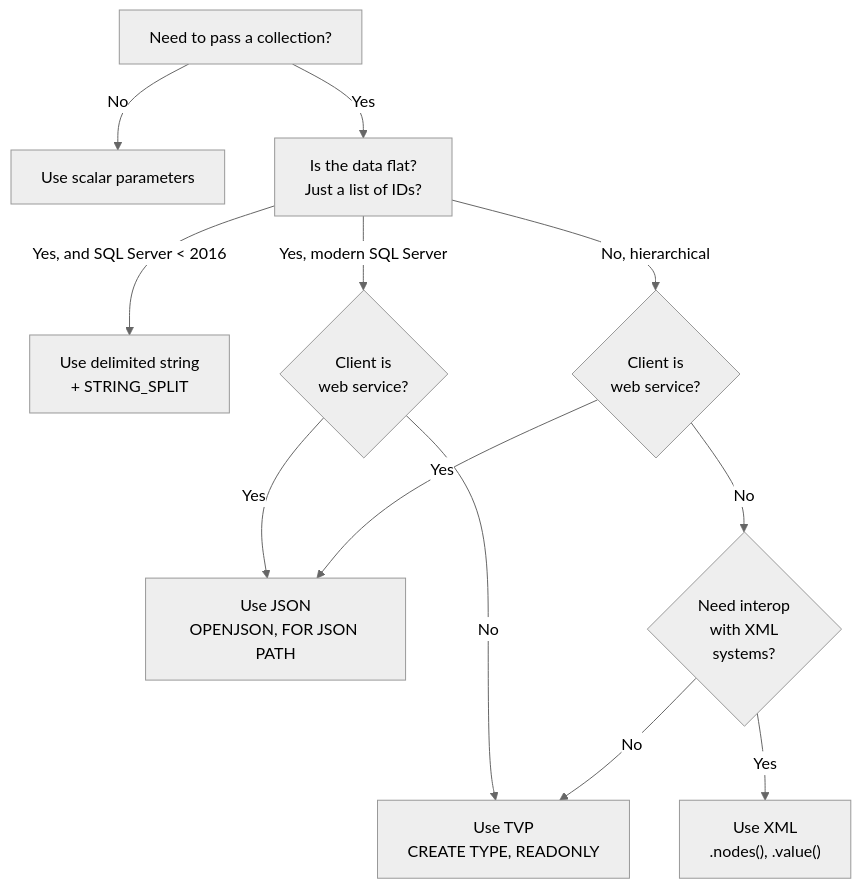
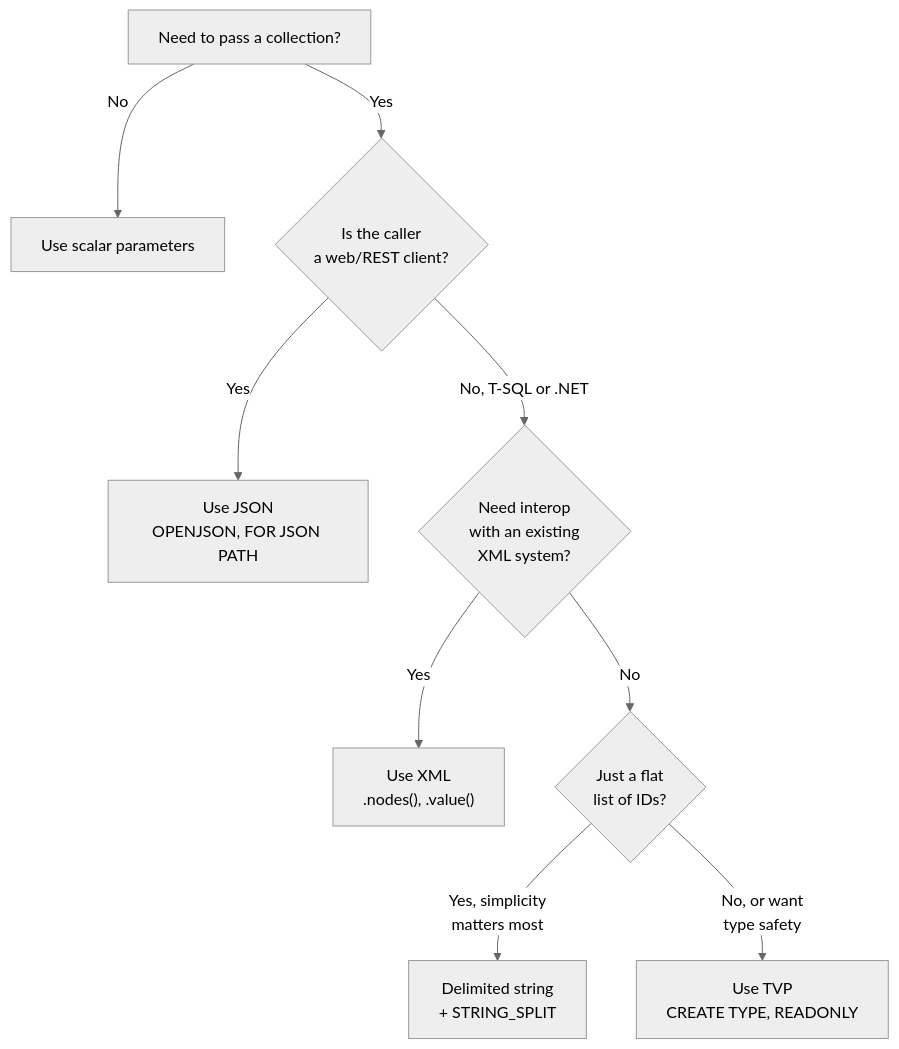
Before and after one commit to tjovic/database-design-labs-public: the eighth of 8 diagrams in labs/lab08-complex-parameters.md, drawn with Mermaid (neutral theme). The commit also changed other lines of this file, not shown here.

````diff
--- a/labs/lab08-complex-parameters.md
+++ b/labs/lab08-complex-parameters.md
@@ -926,15 +953,12 @@
 ```mermaid
 flowchart TD
     A["Need to pass a collection?"]
     A -->|No| Z["Use scalar parameters"]
-    A -->|Yes| B["Is the data flat?<br/>Just a list of IDs?"]
-    B -->|Yes, and SQL Server < 2016| C["Use delimited string<br/>+ STRING_SPLIT"]
-    B -->|Yes, modern SQL Server| D{"Client is<br/>web service?"}
-    B -->|No, hierarchical| E{"Client is<br/>web service?"}
-    D -->|Yes| F["Use JSON<br/>OPENJSON, FOR JSON PATH"]
-    D -->|No| G["Use TVP<br/>CREATE TYPE, READONLY"]
-    E -->|Yes| F
-    E -->|No| H{"Need interop<br/>with XML<br/>systems?"}
-    H -->|Yes| I["Use XML<br/>.nodes(), .value()"]
-    H -->|No| G
+    A -->|Yes| B{"Is the caller<br/>a web/REST client?"}
+    B -->|Yes| F["Use JSON<br/>OPENJSON, FOR JSON PATH"]
+    B -->|No, T-SQL or .NET| C{"Need interop<br/>with an existing<br/>XML system?"}
+    C -->|Yes| I["Use XML<br/>.nodes(), .value()"]
+    C -->|No| D{"Just a flat<br/>list of IDs?"}
+    D -->|Yes, simplicity<br/>matters most| E["Delimited string<br/>+ STRING_SPLIT"]
+    D -->|No, or want<br/>type safety| G["Use TVP<br/>CREATE TYPE, READONLY"]
 ```
````
